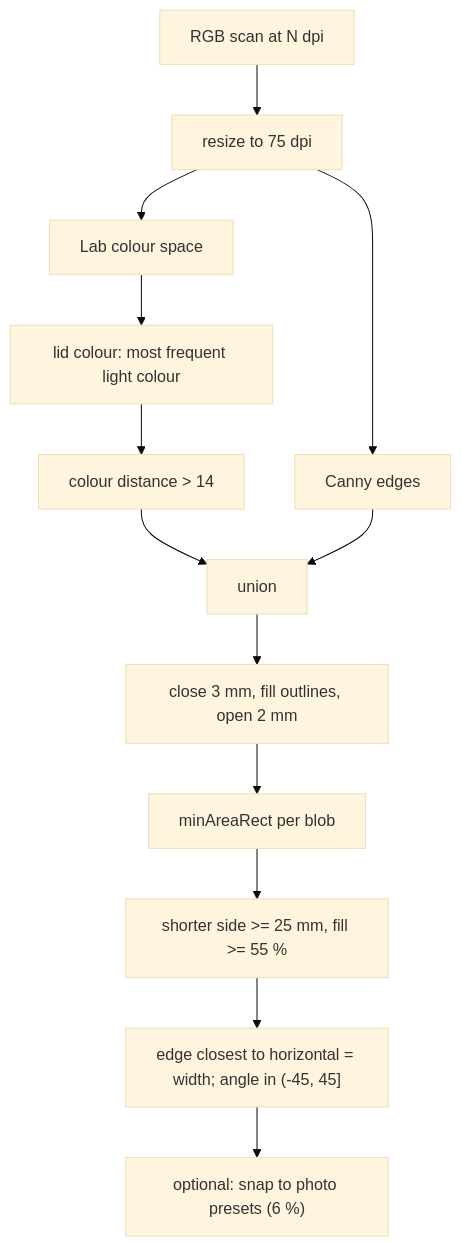
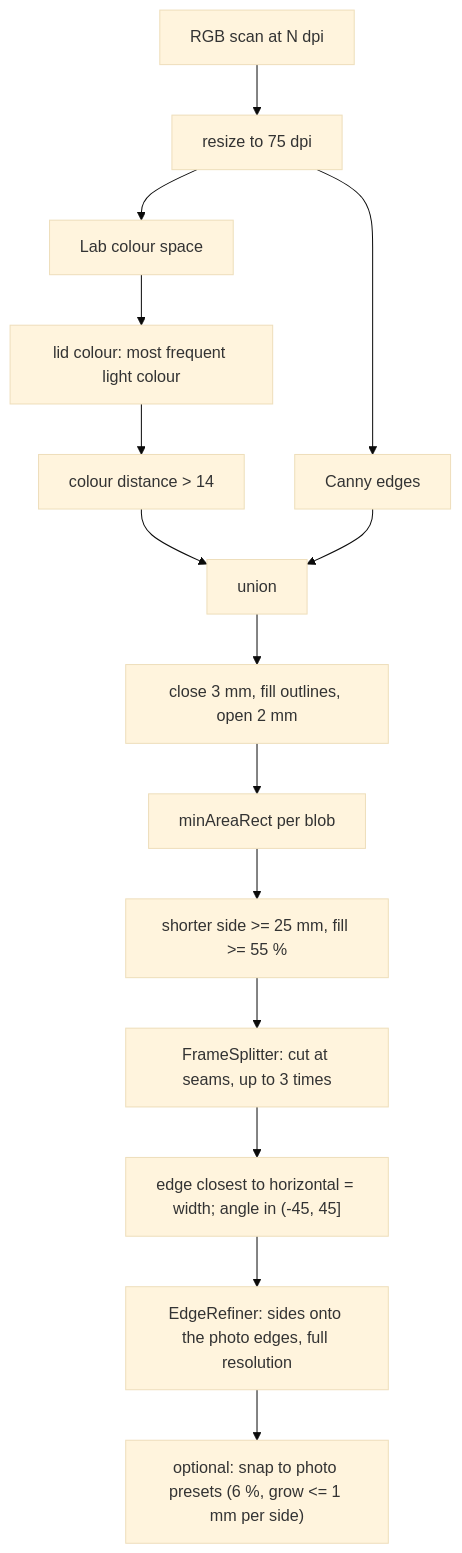
The first of 2 diagrams in docs/developer/photo-album.md (peddanet/scanbench), drawn with Mermaid (base theme) before and after one commit. The commit also changed other lines of this file and 66 other files, not shown here.

```diff
--- a/docs/developer/photo-album.md
+++ b/docs/developer/photo-album.md
@@ -25,15 +32,17 @@
 ~~~mermaid
 flowchart TB
   scan["RGB scan at N dpi"] --> small["resize to 75 dpi"]
   small --> lab["Lab colour space"]
   lab --> bg["lid colour: most frequent light colour"]
   bg --> dist["colour distance > 14"]
   small --> canny["Canny edges"]
   dist --> union["union"]
   canny --> union
   union --> close["close 3 mm, fill outlines, open 2 mm"]
   close --> rect["minAreaRect per blob"]
   rect --> filter["shorter side >= 25 mm, fill >= 55 %"]
-  filter --> norm["edge closest to horizontal = width; angle in (-45, 45]"]
-  norm --> snap["optional: snap to photo presets (6 %)"]
+  filter --> split["FrameSplitter: cut at seams, up to 3 times"]
+  split --> norm["edge closest to horizontal = width; angle in (-45, 45]"]
+  norm --> refine["EdgeRefiner: sides onto the photo edges, full resolution"]
+  refine --> snap["optional: snap to photo presets (6 %, grow <= 1 mm per side)"]
 ~~~
```
